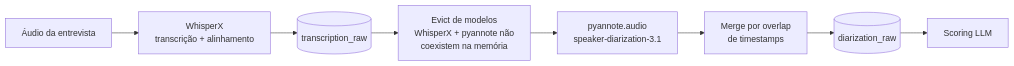
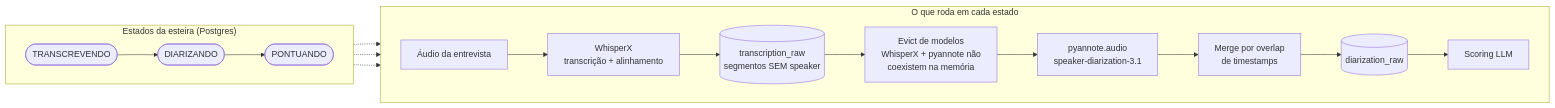
Before and after one commit to luccapinto/scorecard-pipeline: the third of 3 diagrams in README.md, drawn with Mermaid. The commit also changed other lines of this file and 2 other files, not shown here.

First line of the commit message:
docs: separate pipeline states from work in the dual-architecture diagrams (#22)

````diff
--- a/README.md
+++ b/README.md
@@ -114,10 +137,22 @@
 ```mermaid
 flowchart LR
-    Audio[Áudio da entrevista] --> WX[WhisperX<br/>transcrição + alinhamento]
-    WX --> TR[(transcription_raw)]
-    TR --> GC[Evict de modelos<br/>WhisperX + pyannote não<br/>coexistem na memória]
-    GC --> PY[pyannote.audio<br/>speaker-diarization-3.1]
-    PY --> MG[Merge por overlap<br/>de timestamps]
-    MG --> DR[(diarization_raw)]
-    DR --> Scoring[Scoring LLM]
+    subgraph estados ["Estados da esteira (Postgres)"]
+        direction LR
+        S1([TRANSCREVENDO]) --> S2([DIARIZANDO]) --> S3([PONTUANDO])
+    end
+
+    subgraph trabalho ["O que roda em cada estado"]
+        direction LR
+        Audio[Áudio da entrevista] --> WX["WhisperX<br/>transcrição + alinhamento"]
+        WX --> TR[("transcription_raw<br/>segmentos SEM speaker")]
+        TR --> GC["Evict de modelos<br/>WhisperX + pyannote não<br/>coexistem na memória"]
+        GC --> PY["pyannote.audio<br/>speaker-diarization-3.1"]
+        PY --> MG["Merge por overlap<br/>de timestamps"]
+        MG --> DR[("diarization_raw")]
+        DR --> Scoring["Scoring LLM"]
+    end
+
+    S1 -.-> WX
+    S2 -.-> PY
+    S3 -.-> Scoring
 ```
````
